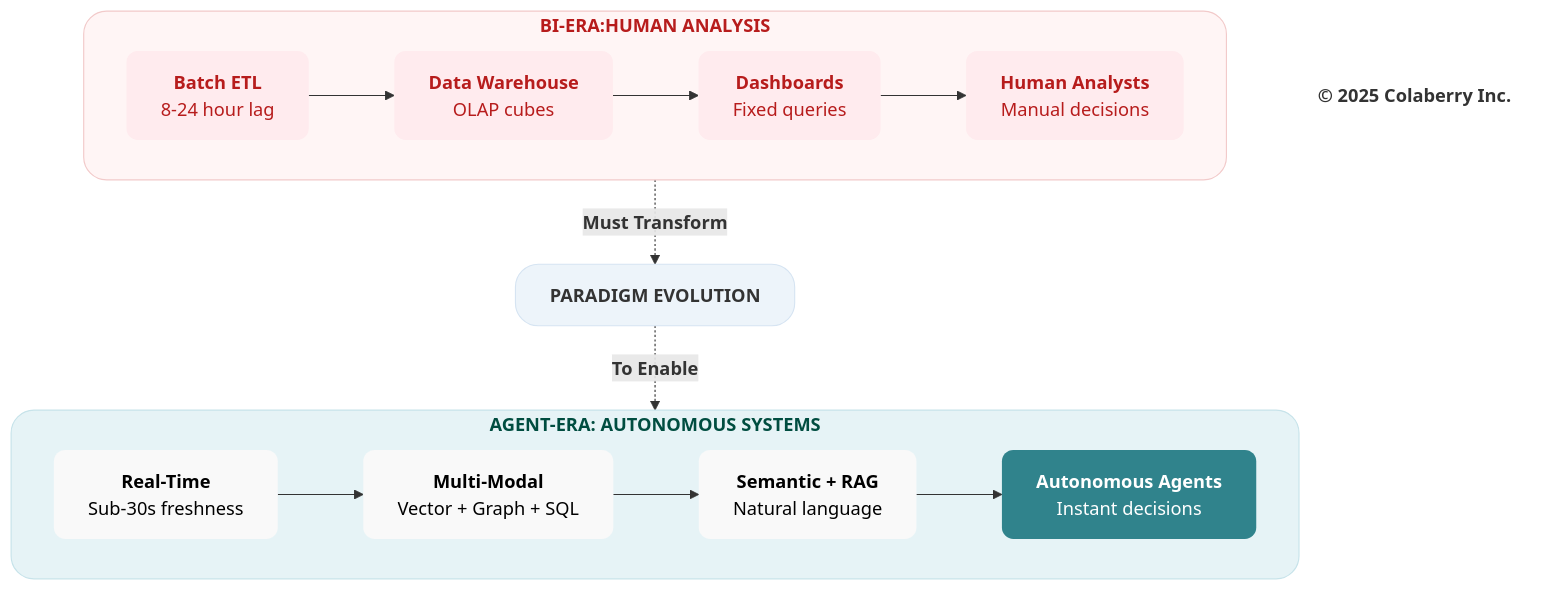
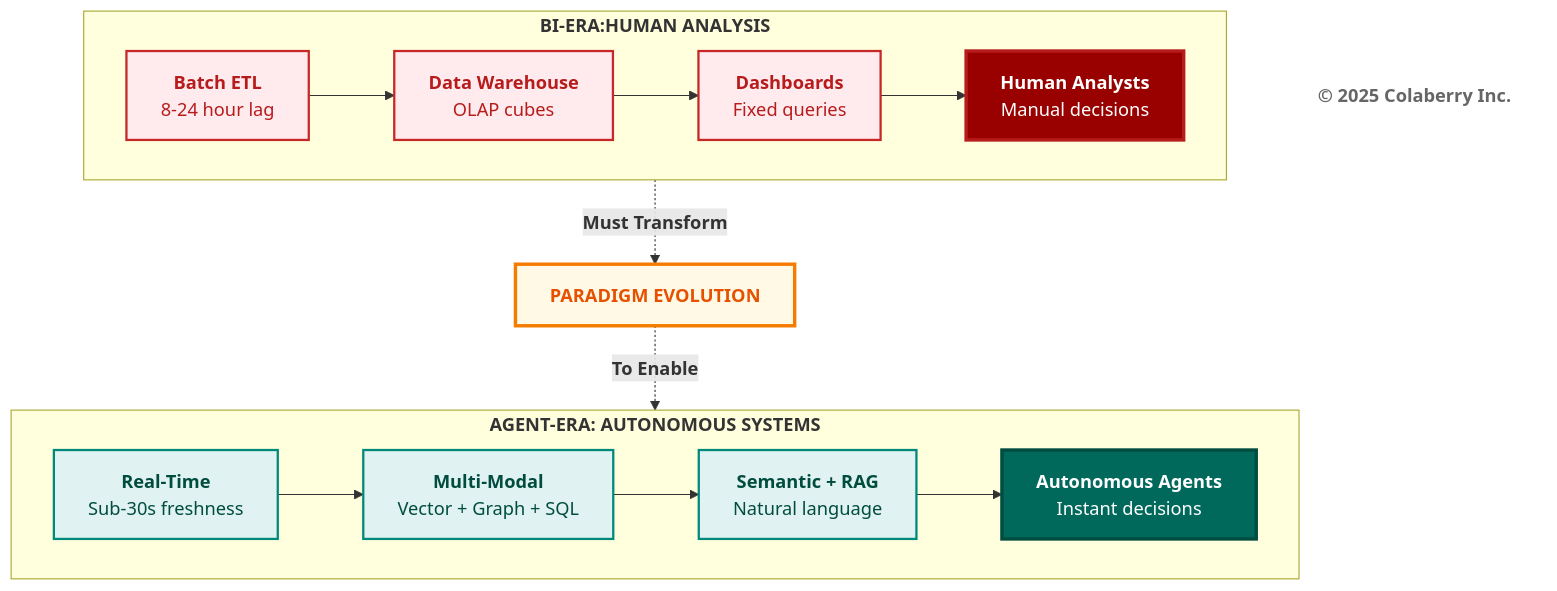
The third of 4 diagrams in manuscript/04_chapter_3_from_bi_to_agent.md (saitejesh-cyber/trust-before-intelligence-book), drawn with Mermaid before and after one commit. The commit also changed other lines of this file and 12 other files, not shown here.

Commit message:
Restore legacy Mermaid styles for Option 1

````diff
--- a/manuscript/04_chapter_3_from_bi_to_agent.md
+++ b/manuscript/04_chapter_3_from_bi_to_agent.md
@@ -219,49 +215,47 @@
 ```mermaid
 graph TB
     subgraph old["<b>BI-ERA:HUMAN ANALYSIS</b>"]
         direction LR
         O1["<b>Batch ETL</b><br/>8-24 hour lag"]
         O2["<b>Data Warehouse</b><br/>OLAP cubes"]
         O3["<b>Dashboards</b><br/>Fixed queries"]
         O4["<b>Human Analysts</b><br/>Manual decisions"]
         
         O1 --> O2 --> O3 --> O4
     end
     
     Shift["<b>PARADIGM EVOLUTION</b>"]
     
     subgraph new["<b>AGENT-ERA: AUTONOMOUS SYSTEMS</b>"]
         direction LR
         N1["<b>Real-Time</b><br/>Sub-30s freshness"]
         N2["<b>Multi-Modal</b><br/>Vector + Graph + SQL"]
         N3["<b>Semantic + RAG</b><br/>Natural language"]
         N4["<b>Autonomous Agents</b><br/>Instant decisions"]
         
         N1 --> N2 --> N3 --> N4
     end
     
     Copyright["<b>© 2025 Colaberry Inc.</b>"]
     
     old -.->|<b>Must Transform</b>| Shift
     Shift -.->|<b>To Enable</b>| new
-
-    %% 🔴 BI ERA — FAILURE / TRUST BREAKDOWN
-    style old fill:#fff5f5,stroke:#f2caca,stroke-width:1px,color:#b71c1c,rx:20,ry:20
-    style O1 fill:#ffebee,stroke:none,color:#b71c1c,rx:10,ry:10
-    style O2 fill:#ffebee,stroke:none,color:#b71c1c,rx:10,ry:10
-    style O3 fill:#ffebee,stroke:none,color:#b71c1c,rx:10,ry:10
-    style O4 fill:#ffebee,stroke:none,color:#b71c1c,rx:10,ry:10
     
-    %% 🔵 TRANSFORMATION — ACTIVE CHANGE
-    style Shift fill:#edf4fa,stroke:#d6e4f2,stroke-width:1px,color:#333333,rx:20,ry:20
+    %% BI-Era (Red - Problems/Old Approach)
+    style O1 fill:#ffebee,stroke:#c62828,stroke-width:2px,color:#b71c1c
+    style O2 fill:#ffebee,stroke:#c62828,stroke-width:2px,color:#b71c1c
+    style O3 fill:#ffebee,stroke:#c62828,stroke-width:2px,color:#b71c1c
+    style O4 fill:#990000,color:#ffffff,stroke:#b71c1c,stroke-width:3px
     
-    %% 🟢 AGENT ERA — TRUSTED / INPACT™-FULFILLED
-    style new fill:#e6f3f6,stroke:#c7e3ea,stroke-width:1px,color:#004d40,rx:20,ry:20
-    style N1 fill:#f9f9f9,stroke:none,color:#000000,rx:10,ry:10
-    style N2 fill:#f9f9f9,stroke:none,color:#000000,rx:10,ry:10
-    style N3 fill:#f9f9f9,stroke:none,color:#000000,rx:10,ry:10
-    style N4 fill:#30838C,stroke:none,color:#ffffff,rx:10,ry:10
+    %% Agent-Era (Teal - Solutions/Modern Approach)
+    style N1 fill:#e0f2f1,stroke:#00897b,stroke-width:2px,color:#004d40
+    style N2 fill:#e0f2f1,stroke:#00897b,stroke-width:2px,color:#004d40
+    style N3 fill:#e0f2f1,stroke:#00897b,stroke-width:2px,color:#004d40
+    style N4 fill:#00695c,color:#ffffff,stroke:#004d40,stroke-width:3px
     
-    %% FOOTER
-    style Copyright fill:none,stroke:none,color:#333333
+    %% Transition Element
+    style Shift fill:#fff9e6,stroke:#f57c00,stroke-width:3px,color:#e65100
+    
+    %% Copyright
+    style Copyright fill:#ffffff,stroke:none,color:#666666
 ```
````
